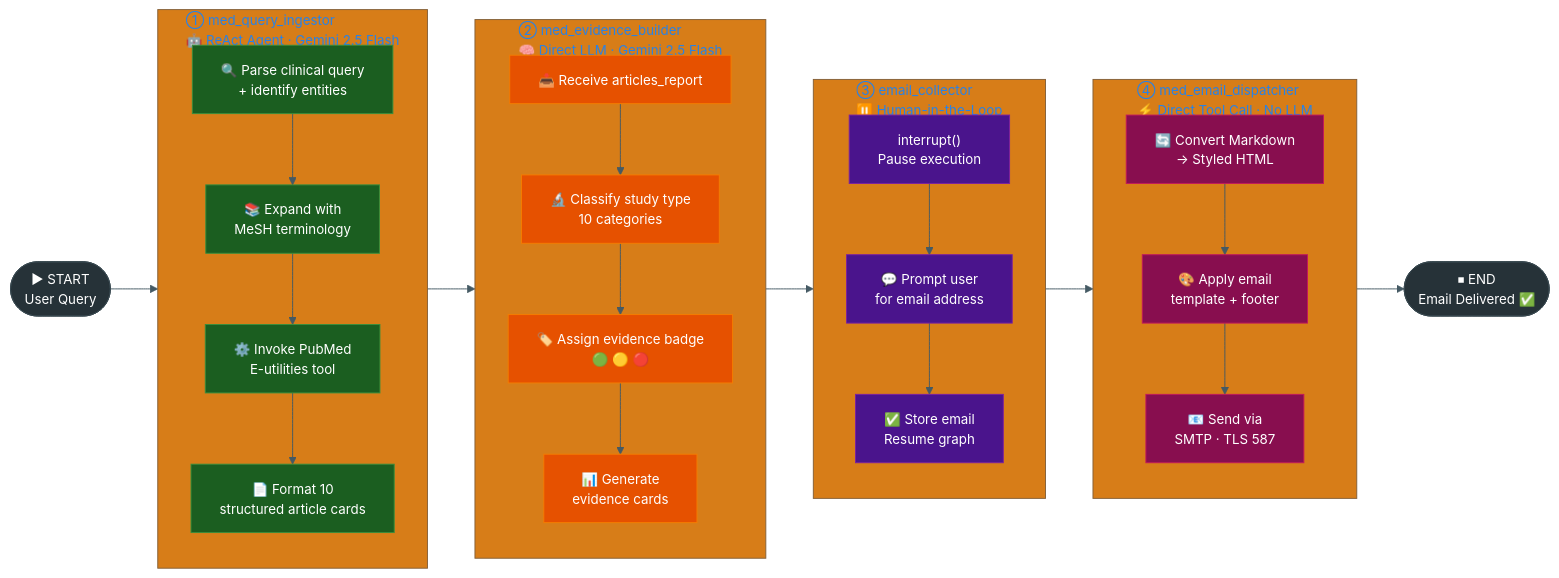
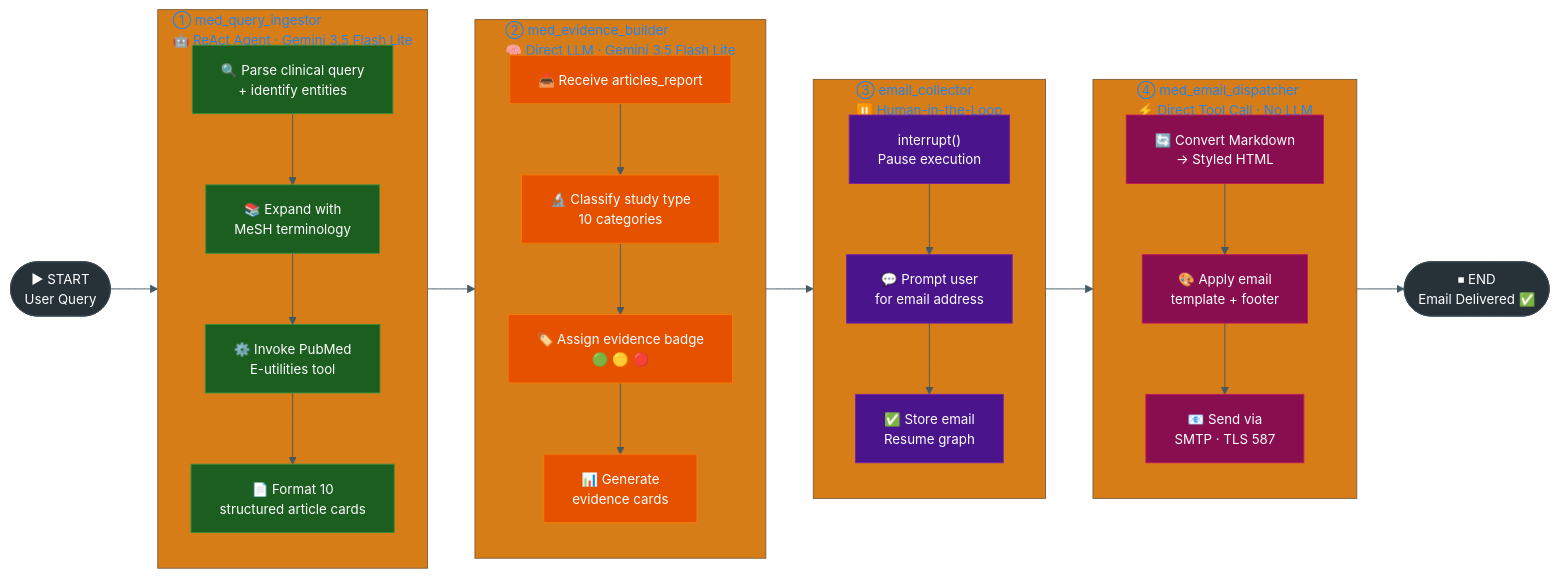
One commit to syedmohammedrayan/Medpedia changed the second of 6 diagrams in medical_research_asistant/DIAGRAMS.md. Above: the diagram before and after it, drawn with Mermaid. The commit also changed other lines of this file and 39 other files, not shown here.

Commit message:
feat: migrate to Google Gemini API direct integration and update editorial UI

````diff
--- a/medical_research_asistant/DIAGRAMS.md
+++ b/medical_research_asistant/DIAGRAMS.md
@@ -135,66 +135,66 @@
 ```mermaid
 %%{init: {
   'theme': 'base',
   'themeVariables': {
     'primaryColor': '#1565C0',
     'primaryTextColor': '#fff',
     'lineColor': '#455A64',
     'fontSize': '14px'
   }
 }}%%
 
 flowchart LR
 
     S(["▶ START\nUser Query"])
 
-    subgraph N1["① med_query_ingestor\n🤖 ReAct Agent · Gemini 2.5 Flash"]
+    subgraph N1["① med_query_ingestor\n🤖 ReAct Agent · Gemini 3.5 Flash Lite"]
         direction TB
         A["🔍 Parse clinical query\n+ identify entities"]
         B["📚 Expand with\nMeSH terminology"]
         C["⚙️ Invoke PubMed\nE-utilities tool"]
         D["📄 Format 10\nstructured article cards"]
         A --> B --> C --> D
     end
 
-    subgraph N2["② med_evidence_builder\n🧠 Direct LLM · Gemini 2.5 Flash"]
+    subgraph N2["② med_evidence_builder\n🧠 Direct LLM · Gemini 3.5 Flash Lite"]
         direction TB
         E["📥 Receive articles_report"]
         F["🔬 Classify study type\n10 categories"]
         G["🏷️ Assign evidence badge\n🟢 🟡 🔴"]
         H["📊 Generate\nevidence cards"]
         E --> F --> G --> H
     end
 
     subgraph N3["③ email_collector\n⏸️ Human-in-the-Loop"]
         direction TB
         I["interrupt()\nPause execution"]
         J["💬 Prompt user\nfor email address"]
         K["✅ Store email\nResume graph"]
         I --> J --> K
     end
 
     subgraph N4["④ med_email_dispatcher\n⚡ Direct Tool Call · No LLM"]
         direction TB
         L["🔄 Convert Markdown\n→ Styled HTML"]
         M["🎨 Apply email\ntemplate + footer"]
         N["📧 Send via\nSMTP · TLS 587"]
         L --> M --> N
     end
 
     E2(["⏹ END\nEmail Delivered ✅"])
 
     S --> N1 --> N2 --> N3 --> N4 --> E2
 
     classDef startEnd fill:#263238,stroke:#37474F,color:#fff
     classDef n1 fill:#1B5E20,stroke:#388E3C,color:#fff
     classDef n2 fill:#E65100,stroke:#F57C00,color:#fff
     classDef n3 fill:#4A148C,stroke:#7B1FA2,color:#fff
     classDef n4 fill:#880E4F,stroke:#C2185B,color:#fff
     classDef step fill:#ECEFF1,stroke:#90A4AE,color:#263238
 
     class S,E2 startEnd
     class A,B,C,D n1
     class E,F,G,H n2
     class I,J,K n3
     class L,M,N n4
 ```
````
